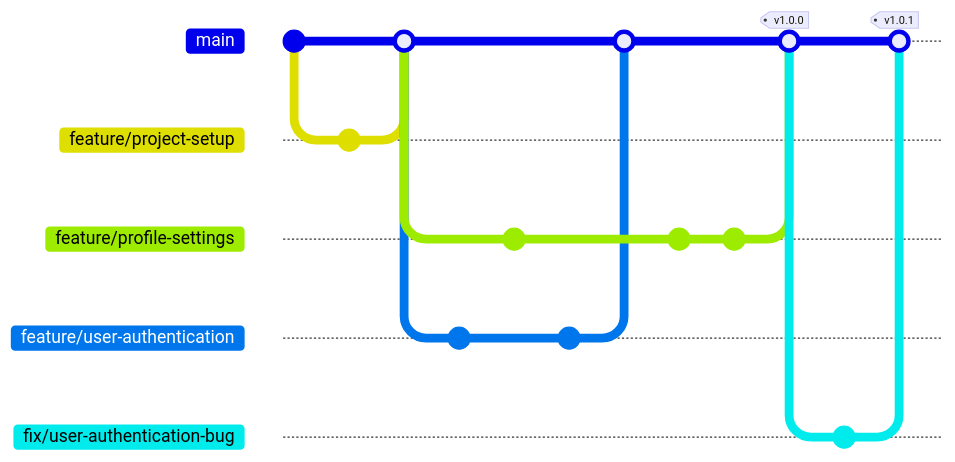
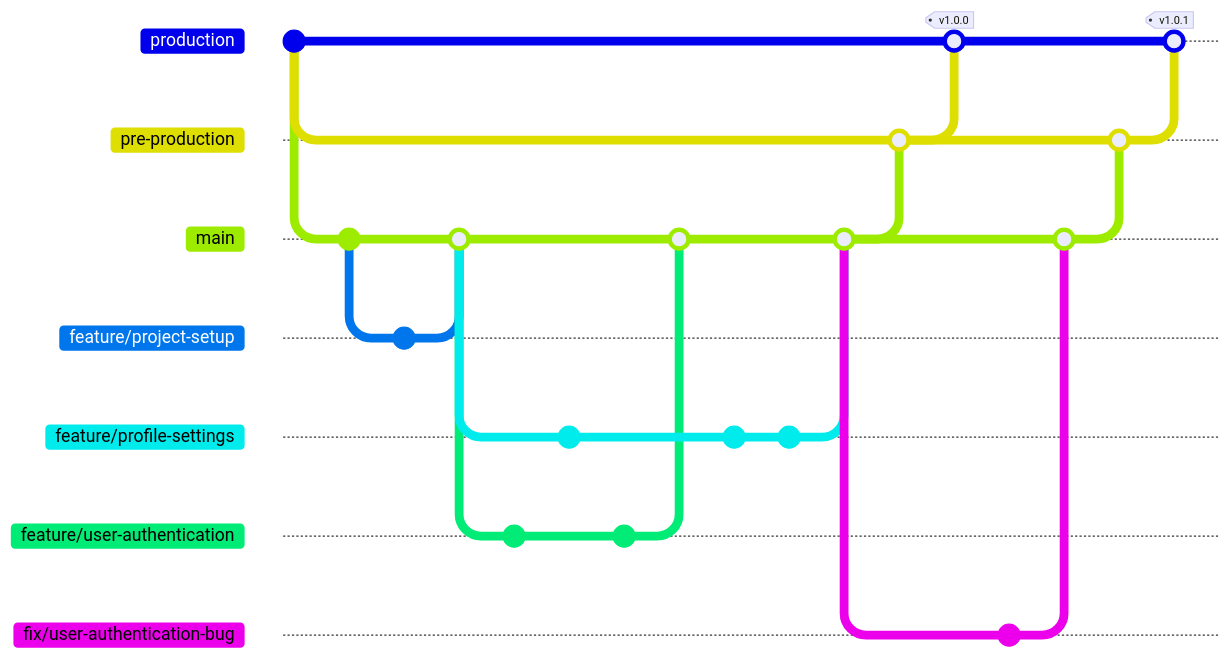
Before and after one commit to chagins/git-flows: the diagram in README.md, drawn with Mermaid. The commit also changed other lines of this file, not shown here. Commit ids are hidden.

````diff
--- a/README.md
+++ b/README.md
@@ -39,26 +42,38 @@
 ```mermaid
-  gitGraph
+  gitGraph%%{init: { 'gitGraph': {'mainBranchName': 'production'}} }%%
+   commit id: "initial commit"
+   branch pre-production
+   branch main
    commit
    branch feature/project-setup
    commit
    checkout main
-   merge feature/project-setup
+   merge feature/project-setup id: "pull-request feature/project-setup to main"
    branch feature/profile-settings
    branch feature/user-authentication
    commit
    checkout feature/profile-settings
    commit
    checkout feature/user-authentication
    commit
    checkout main
-   merge feature/user-authentication
+   merge feature/user-authentication id: "pull-request user-authentication to main"
    checkout feature/profile-settings
    commit
    commit
    checkout main
-   merge feature/profile-settings tag: "v1.0.0"
+   merge feature/profile-settings id: "pull-request profile-settings to main"
+   checkout pre-production
+   merge main id: "merge to pre-production"
+   checkout production
+   merge pre-production tag: "v1.0.0" id: "merge to production"
+   checkout main
    branch fix/user-authentication-bug
    commit
    checkout main
-   merge fix/user-authentication-bug tag: "v1.0.1"
+   merge fix/user-authentication-bug id: "pull-request user-authentication-bug to main"
+   checkout pre-production
+   merge main
+   checkout production
+   merge pre-production tag: "v1.0.1"
 ```
````
